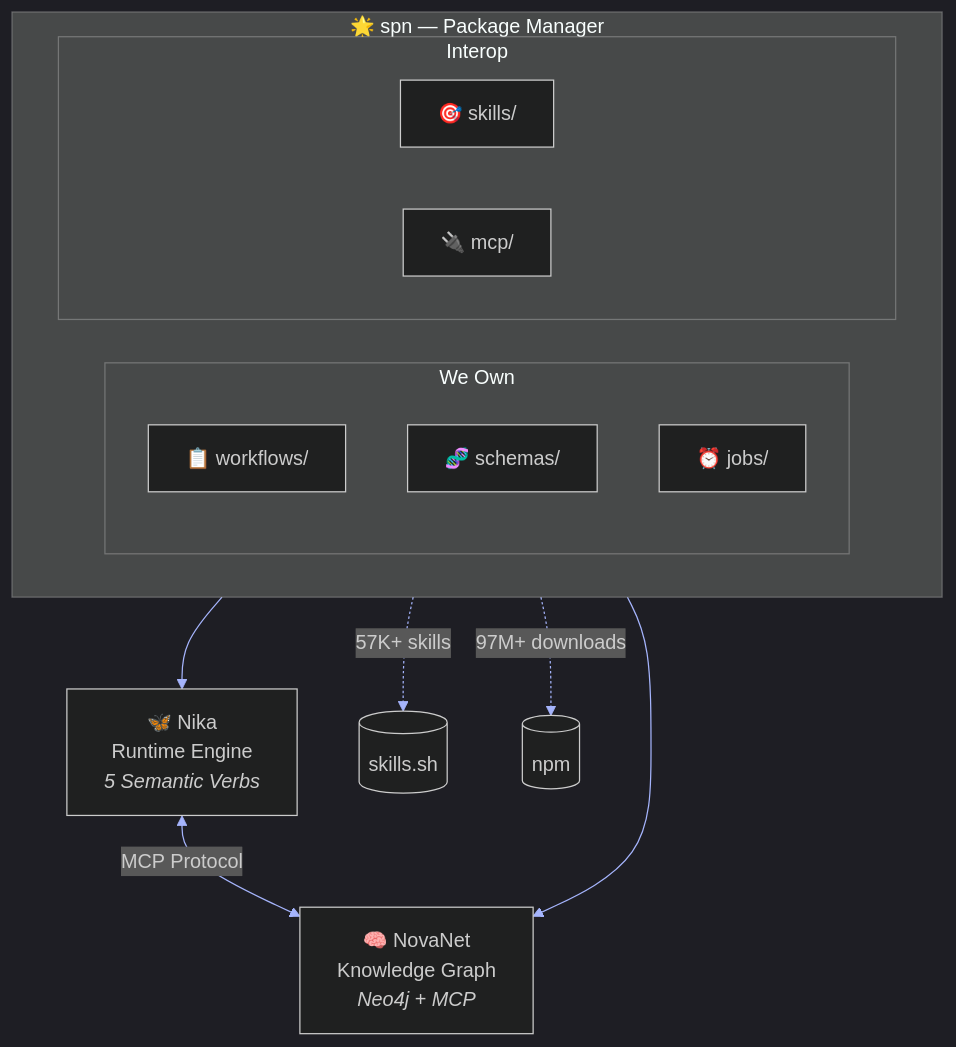
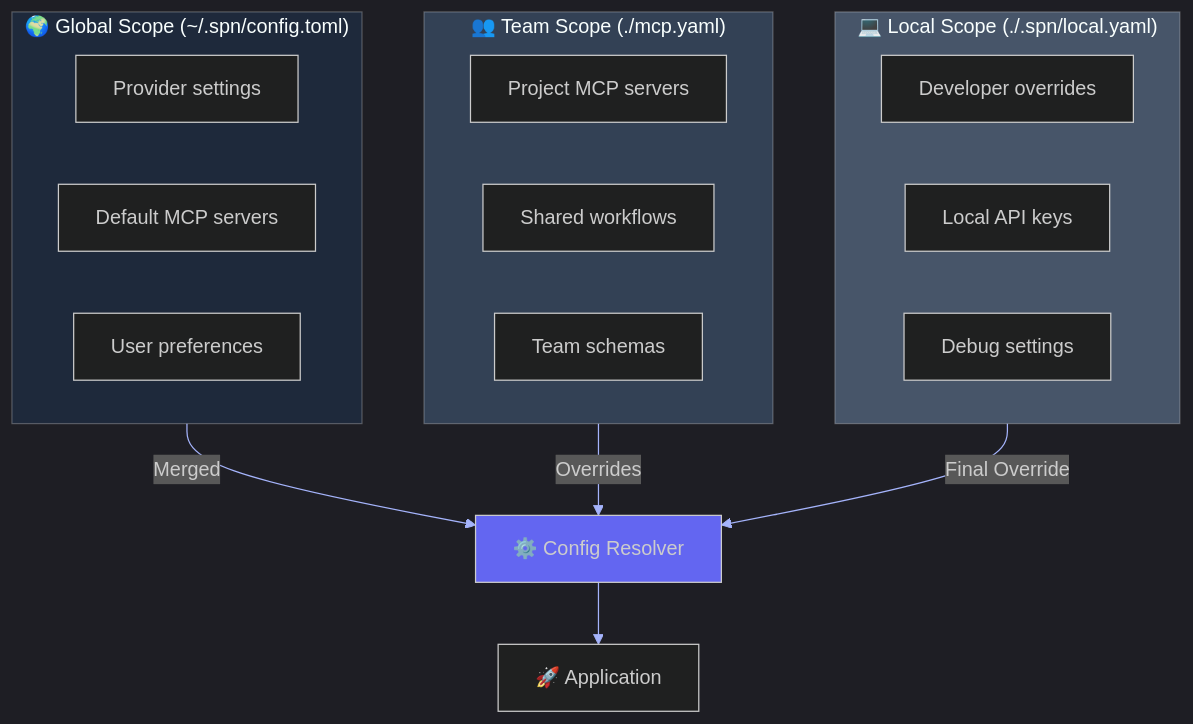
One commit to supernovae-st/supernovae-cli changed the first of 7 diagrams in README.md. Above: the diagram before and after it, drawn with Mermaid. The commit also changed other lines of this file, not shown here.

````diff
--- a/README.md
+++ b/README.md
@@ -79,24 +174,31 @@
 ```mermaid
 %%{init: {'theme': 'dark', 'themeVariables': { 'primaryColor': '#6366f1', 'primaryTextColor': '#fff', 'primaryBorderColor': '#818cf8', 'lineColor': '#a5b4fc', 'secondaryColor': '#1e1b4b', 'tertiaryColor': '#312e81'}}}%%
 flowchart TB
-    subgraph SPN["🌟 spn — Package Manager"]
-        direction LR
-        subgraph OWNED["We Own"]
-            W["📋 workflows/"]
-            S["🧬 schemas/"]
-            J["⏰ jobs/"]
-        end
-        subgraph INTEROP["Interop"]
-            SK["🎯 skills/"]
-            MCP["🔌 mcp/"]
-        end
+    subgraph GLOBAL["🌍 Global Scope (~/.spn/config.toml)"]
+        G1["Provider settings"]
+        G2["Default MCP servers"]
+        G3["User preferences"]
     end
 
-    SPN --> NIKA["🦋 Nika<br/>Runtime Engine<br/><i>5 Semantic Verbs</i>"]
-    SPN --> NOVANET["🧠 NovaNet<br/>Knowledge Graph<br/><i>Neo4j + MCP</i>"]
+    subgraph TEAM["👥 Team Scope (./mcp.yaml)"]
+        T1["Project MCP servers"]
+        T2["Shared workflows"]
+        T3["Team schemas"]
+    end
 
-    NIKA <--> |MCP Protocol| NOVANET
+    subgraph LOCAL["💻 Local Scope (./.spn/local.yaml)"]
+        L1["Developer overrides"]
+        L2["Local API keys"]
+        L3["Debug settings"]
+    end
 
-    SK -.-> |"57K+ skills"| SKILLS[(skills.sh)]
-    MCP -.-> |"97M+ downloads"| NPM[(npm)]
+    GLOBAL -->|"Merged"| RESOLVER["⚙️ Config Resolver"]
+    TEAM -->|"Overrides"| RESOLVER
+    LOCAL -->|"Final Override"| RESOLVER
+    RESOLVER --> APP["🚀 Application"]
+
+    style GLOBAL fill:#1e293b
+    style TEAM fill:#334155
+    style LOCAL fill:#475569
+    style RESOLVER fill:#6366f1
 ```
````
